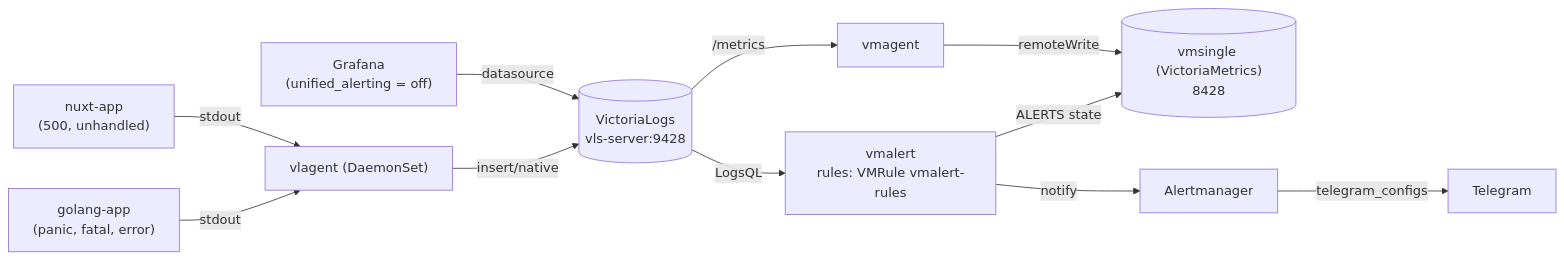
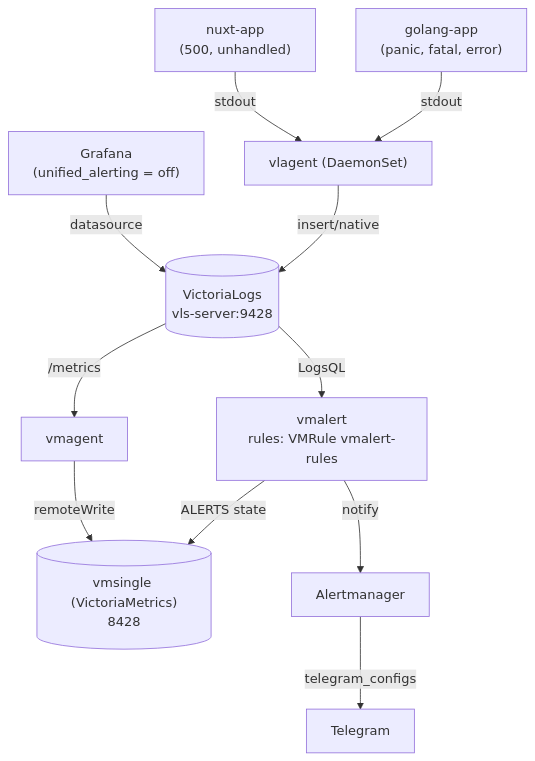
The diagram in README.md (patsevanton/victorialogs-alerting-by-error-panic), drawn with Mermaid before and after one commit. The commit also changed other lines of this file, not shown here.

Commit message:
удаление таблицы версий и вертикальная схема в README

````diff
--- a/README.md
+++ b/README.md
@@ -20,16 +20,16 @@
 ```mermaid
-flowchart LR
+flowchart TD
     Go["golang-app<br/>(panic, fatal, error)"] -->|stdout| Vlagent["vlagent (DaemonSet)"]
     Nuxt["nuxt-app<br/>(500, unhandled)"] -->|stdout| Vlagent
     Vlagent -->|insert/native| VL[("VictoriaLogs<br/>vls-server:9428")]
 
     VL -->|LogsQL| VMA["vmalert<br/>rules: VMRule vmalert-rules"]
     VMA -->|ALERTS state| VMSingle[("vmsingle (VictoriaMetrics)<br/>8428")]
     VMA -->|notify| AM["Alertmanager"]
     AM -->|telegram_configs| TG["Telegram"]
 
     Grafana["Grafana<br/>(unified_alerting = off)"] -->|datasource| VL
 
     VL -->|/metrics| VMAgent["vmagent"]
     VMAgent -->|remoteWrite| VMSingle
 ```
````
